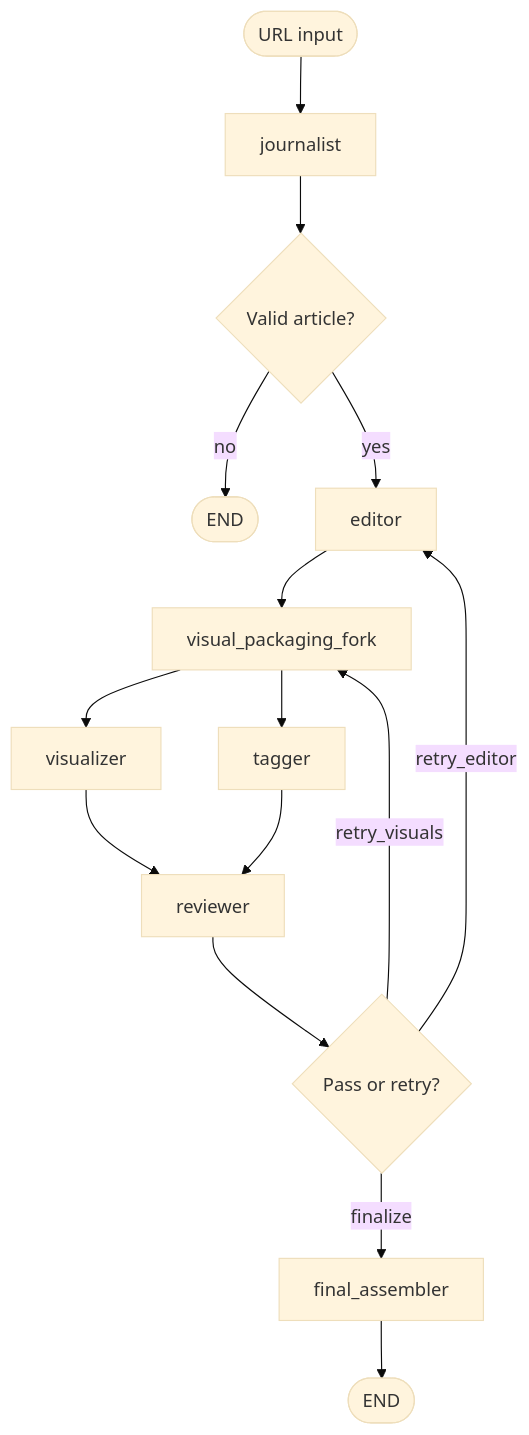
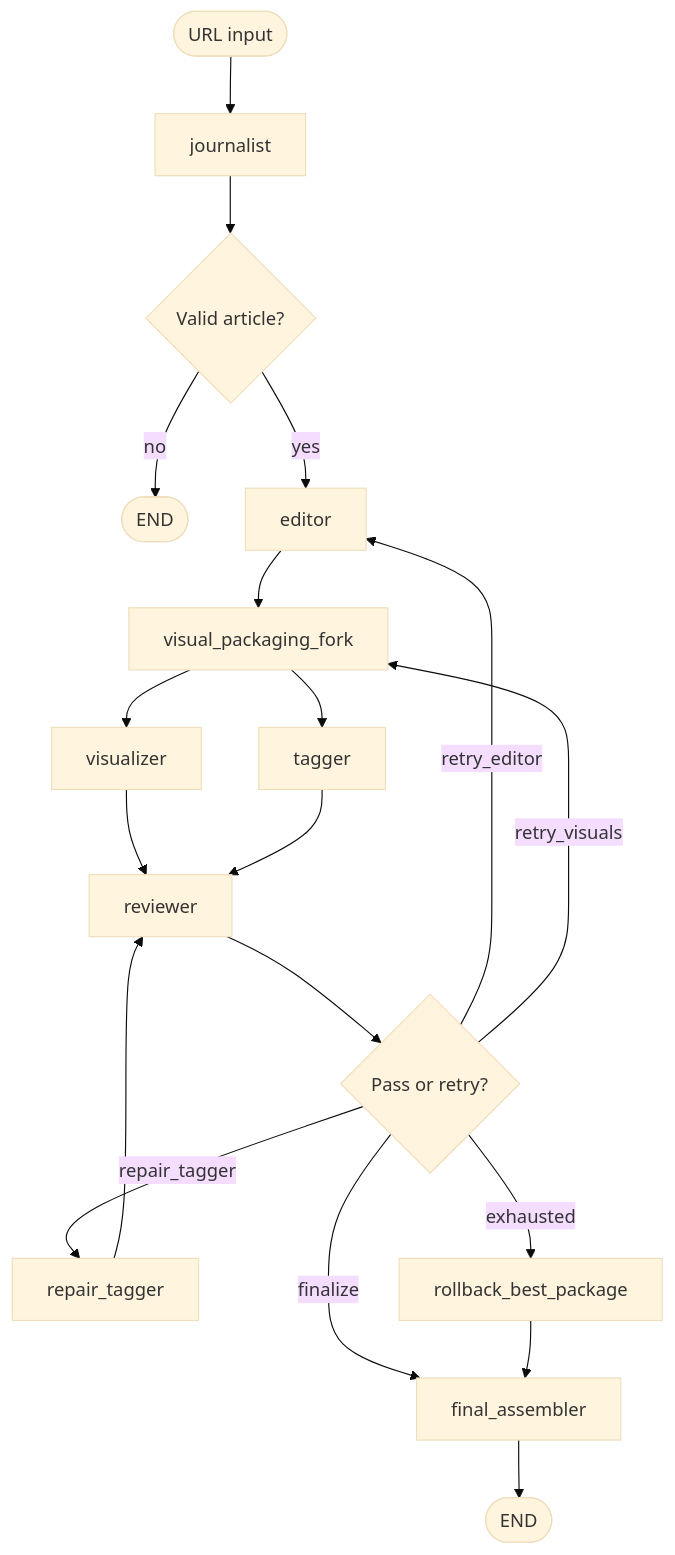
Before and after one commit to GaneshJamadar369/OTT-Agentic-AI-News-Broadcaster-: the diagram in README.md, drawn with Mermaid (base theme). The commit also changed other lines of this file and 16 other files, not shown here.

````diff
--- a/README.md
+++ b/README.md
@@ -29,17 +29,21 @@
 ```mermaid
 flowchart TD
     Start([URL input]) --> Journalist[journalist]
     Journalist --> Gate{Valid article?}
     Gate -->|no| EndFail([END])
     Gate -->|yes| Editor[editor]
     Editor --> Fork[visual_packaging_fork]
     Fork --> Visualizer[visualizer]
     Fork --> Tagger[tagger]
     Visualizer --> Reviewer[reviewer]
     Tagger --> Reviewer
     Reviewer --> Route{Pass or retry?}
     Route -->|finalize| Assembler[final_assembler]
     Route -->|retry_editor| Editor
     Route -->|retry_visuals| Fork
+    Route -->|repair_tagger| RepairTagger[repair_tagger]
+    RepairTagger --> Reviewer
+    Route -->|exhausted| BestOfN[rollback_best_package]
+    BestOfN --> Assembler
     Assembler --> EndOk([END])
 ```
````
